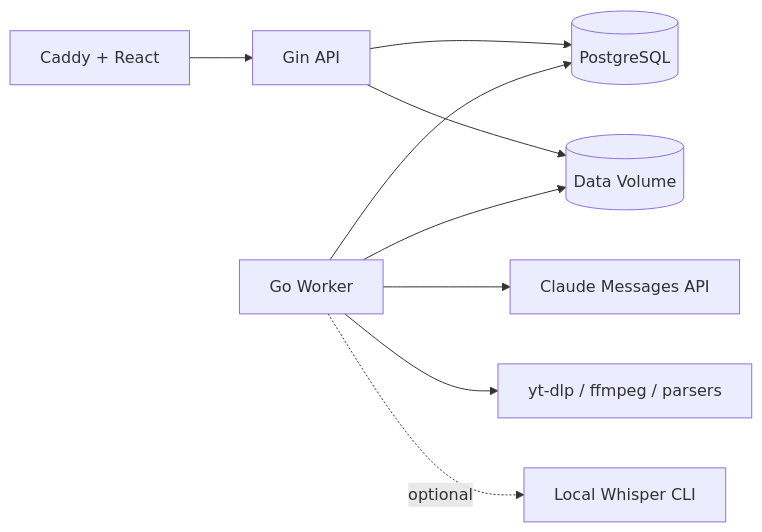
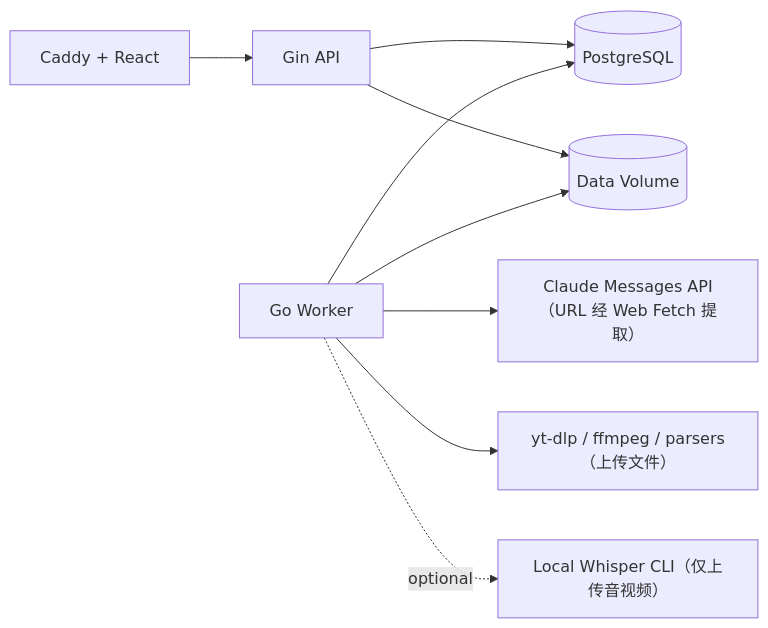
The diagram in docs/web-rebuild/03-backend-architecture.md (TSY244/ai-study-tutor), drawn with Mermaid before and after one commit. The commit also changed other lines of this file and 6 other files, not shown here.

Commit message:
docs: document Claude URL import pipeline

````diff
--- a/docs/web-rebuild/03-backend-architecture.md
+++ b/docs/web-rebuild/03-backend-architecture.md
@@ -14,11 +14,11 @@
 ```mermaid
 flowchart LR
     Caddy[Caddy + React] --> API[Gin API]
     API --> DB[(PostgreSQL)]
     API --> FS[(Data Volume)]
     Worker[Go Worker] --> DB
     Worker --> FS
-    Worker --> Claude[Claude Messages API]
-    Worker --> Parser[yt-dlp / ffmpeg / parsers]
-    Worker -. optional .-> Whisper[Local Whisper CLI]
+    Worker --> Claude[Claude Messages API（URL 经 Web Fetch 提取）]
+    Worker --> Parser[yt-dlp / ffmpeg / parsers（上传文件）]
+    Worker -. optional .-> Whisper[Local Whisper CLI（仅上传音视频）]
 ```
````
